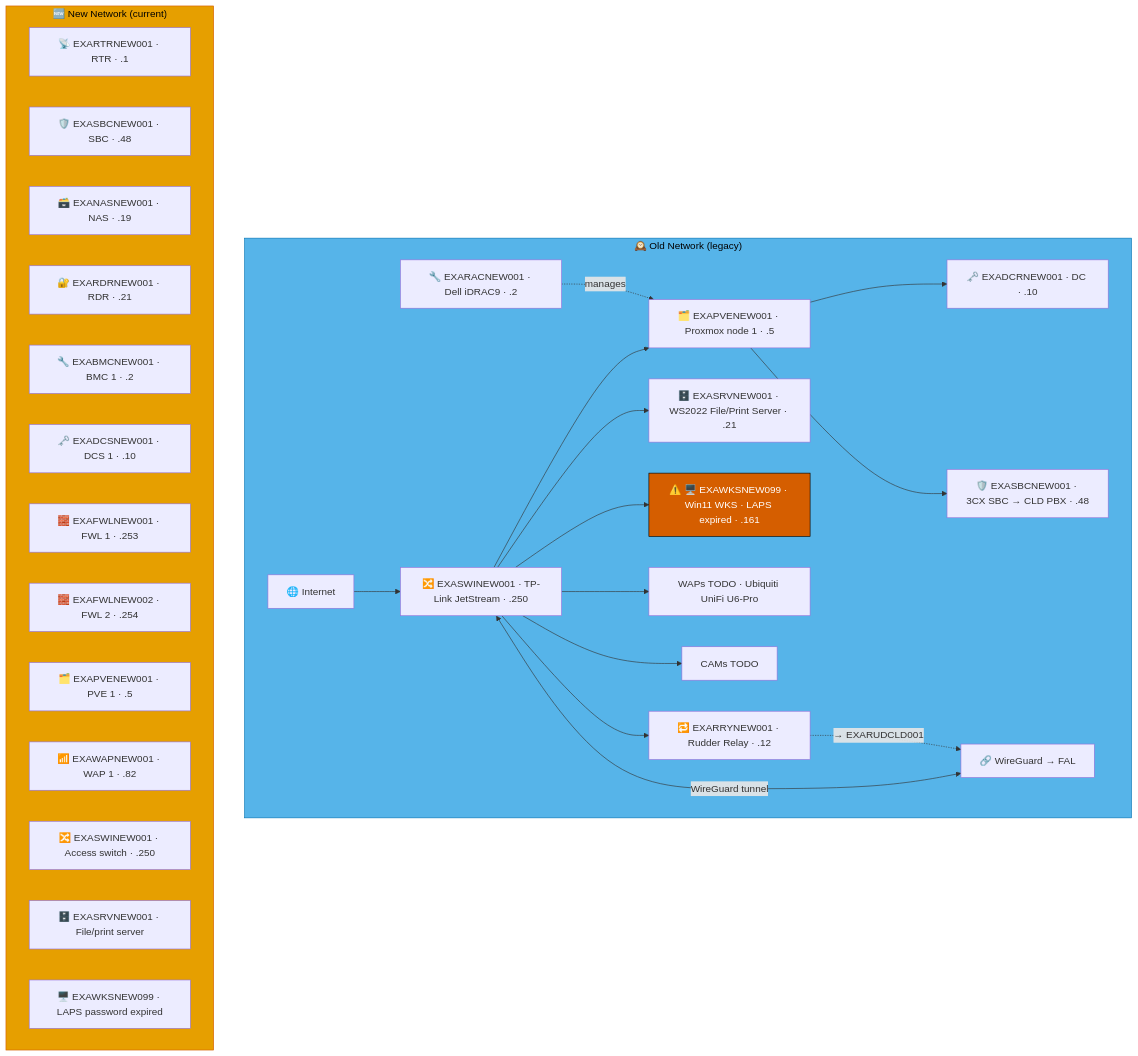
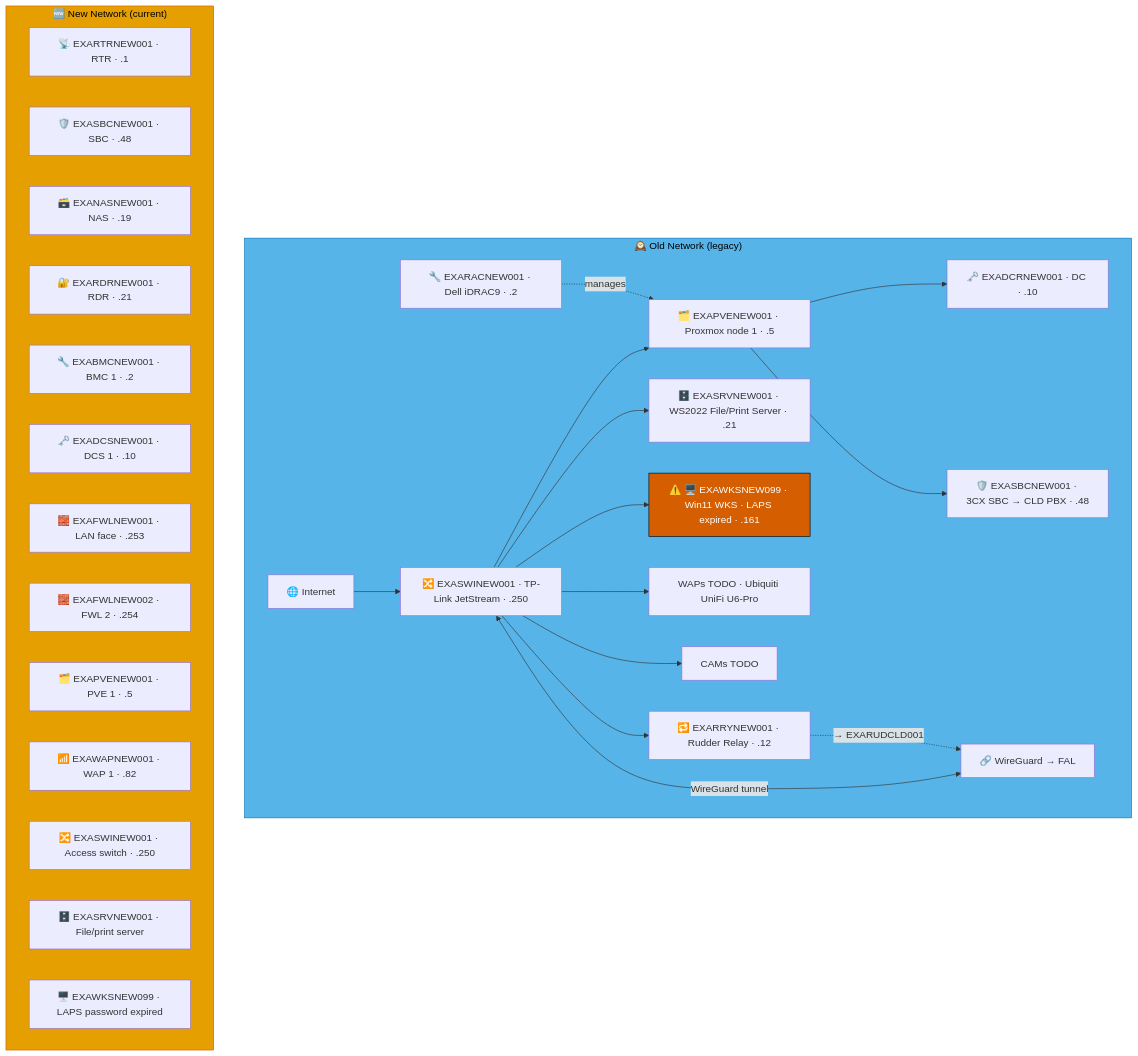
The fifth of 9 diagrams in docs/network-diagram/england.md (knightmare2600/example_music_infra), drawn with Mermaid before and after one commit. The commit also changed other lines of this file and 17 other files, not shown here.

````diff
--- a/docs/network-diagram/england.md
+++ b/docs/network-diagram/england.md
@@ -276,47 +276,47 @@
 ```mermaid
 graph TD
     subgraph OLD_NEW ["🕰️ Old Network (legacy)"]
       INET["🌐 Internet"]
       SW["🔀 EXASWINEW001 · TP-Link JetStream · .250"]
       RAC["🔧 EXARACNEW001 · Dell iDRAC9 · .2"]
       PVE["🗂️ EXAPVENEW001 · Proxmox node 1 · .5"]
       DC["🗝️ EXADCRNEW001 · DC · .10"]
       SBC["🛡️ EXASBCNEW001 · 3CX SBC → CLD PBX · .48"]
       RRY["🔁 EXARRYNEW001 · Rudder Relay · .12"]
       SRV["🗄️ EXASRVNEW001 · WS2022 File/Print Server · .21"]
       WKS["⚠️ 🖥️ EXAWKSNEW099 · Win11 WKS · LAPS expired · .161"]
       WAP["WAPs TODO · Ubiquiti UniFi U6-Pro"]
       CAM["CAMs TODO"]
       VPN["🔗 WireGuard → FAL"]
 
       INET --> SW
       SW --> PVE --> DC & SBC
       RAC -.->|"manages"| PVE
       SW --> SRV & WKS & WAP & CAM
       SW <-->|"WireGuard tunnel"| VPN
 
       SW --> RRY
       RRY -. "→ EXARUDCLD001" .-> VPN
     end
     style OLD_NEW fill:#56B4E9,stroke:#0072B2,color:#000000
     %% GENERATED:NEW-NETWORK:NEW:START
     subgraph NEW_NEW ["🆕 New Network (current)"]
       N_RTR["📡 EXARTRNEW001 · RTR · .1"]
       N_SBC["🛡️ EXASBCNEW001 · SBC · .48"]
       N_NAS["🗃️ EXANASNEW001 · NAS · .19"]
       N_RDR["🔐 EXARDRNEW001 · RDR · .21"]
       N_BMC["🔧 EXABMCNEW001 · BMC 1 · .2"]
       N_DCS["🗝️ EXADCSNEW001 · DCS 1 · .10"]
-      N_FWL["🧱 EXAFWLNEW001 · FWL 1 · .253"]
+      N_FWL["🧱 EXAFWLNEW001 · LAN face · .253"]
       N_FWL2["🧱 EXAFWLNEW002 · FWL 2 · .254"]
       N_PVE["🗂️ EXAPVENEW001 · PVE 1 · .5"]
       N_WAP["📶 EXAWAPNEW001 · WAP 1 · .82"]
       N_SWI["🔀 EXASWINEW001 · Access switch · .250"]
       N_SRV["🗄️ EXASRVNEW001 · File/print server"]
       N_WKS["🖥️ EXAWKSNEW099 · LAPS password expired"]
     end
     style NEW_NEW fill:#E69F00,stroke:#D55E00,color:#000000
     %% GENERATED:NEW-NETWORK:NEW:END
     classDef warn fill:#D55E00,stroke:#000000,color:#ffffff
     class WKS warn
 ```
````
